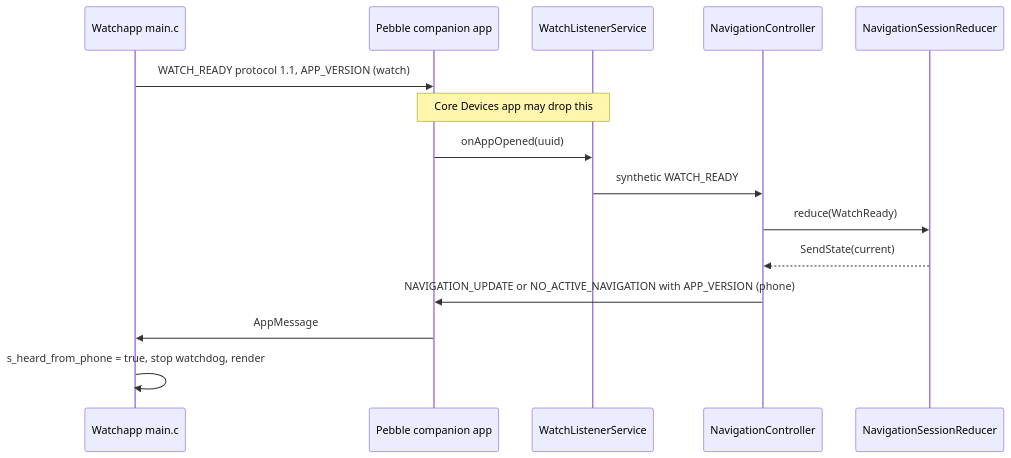
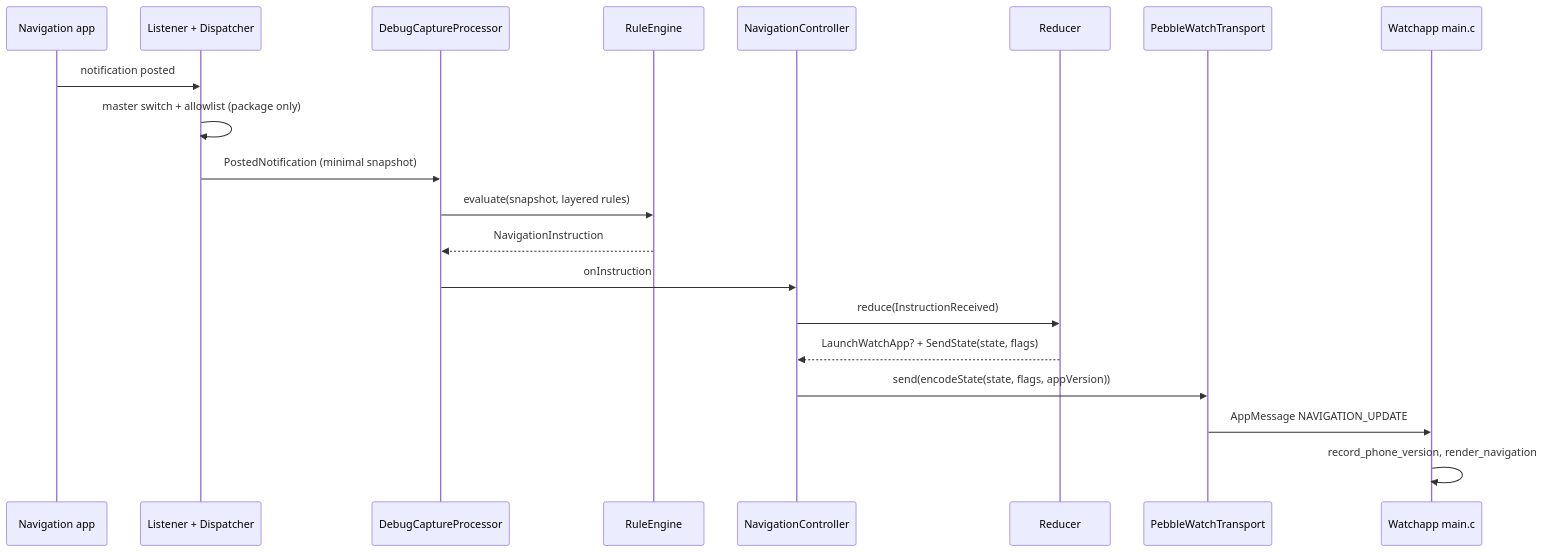
One commit to optio/PebbleNTN changed the second of 4 diagrams in aidlc/spaces/default/codekb/PebbleNTN/architecture.md. Above: the diagram before and after it, drawn with Mermaid. The commit also changed other lines of this file and 68 other files, not shown here.

````diff
--- a/aidlc/spaces/default/codekb/PebbleNTN/architecture.md
+++ b/aidlc/spaces/default/codekb/PebbleNTN/architecture.md
@@ -71,17 +78,22 @@
 ```mermaid
 sequenceDiagram
+  participant NA as Navigation app
+  participant L as Listener + Dispatcher
+  participant P as DebugCaptureProcessor
+  participant E as RuleEngine
+  participant C as NavigationController
+  participant R as Reducer
+  participant T as PebbleWatchTransport
   participant W as Watchapp main.c
-  participant C as Pebble companion app
-  participant L as WatchListenerService
-  participant N as NavigationController
-  participant R as NavigationSessionReducer
-  W->>C: WATCH_READY protocol 1.1, APP_VERSION (watch)
-  Note over C,L: Core Devices app may drop this
-  C->>L: onAppOpened(uuid)
-  L->>N: synthetic WATCH_READY
-  N->>R: reduce(WatchReady)
-  R-->>N: SendState(current)
-  N->>C: NAVIGATION_UPDATE or NO_ACTIVE_NAVIGATION with APP_VERSION (phone)
-  C->>W: AppMessage
-  W->>W: s_heard_from_phone = true, stop watchdog, render
+  NA->>L: notification posted
+  L->>L: master switch + allowlist (package only)
+  L->>P: PostedNotification (minimal snapshot)
+  P->>E: evaluate(snapshot, layered rules)
+  E-->>P: NavigationInstruction
+  P->>C: onInstruction
+  C->>R: reduce(InstructionReceived)
+  R-->>C: LaunchWatchApp? + SendState(state, flags)
+  C->>T: send(encodeState(state, flags, appVersion))
+  T->>W: AppMessage NAVIGATION_UPDATE
+  W->>W: record_phone_version, render_navigation
 ```
````
